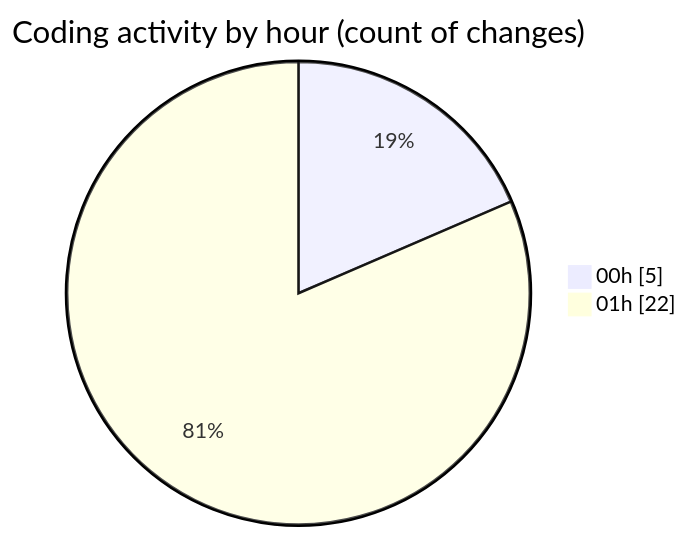
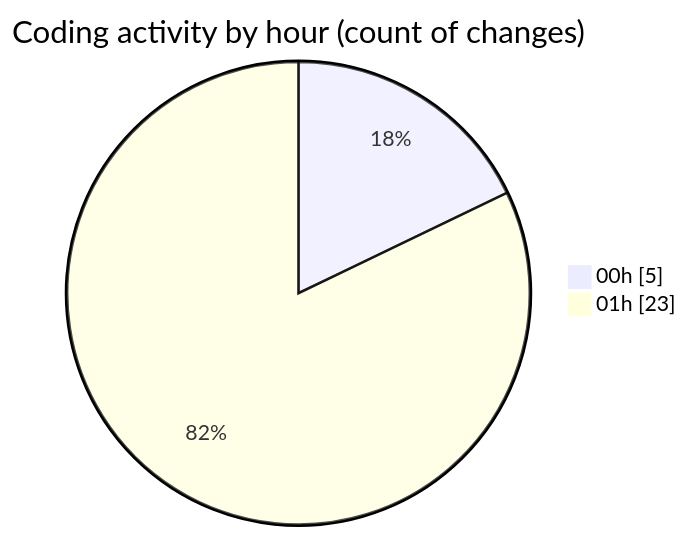
The second of 2 diagrams in 2025-03-30/echo/README.md (Netris89/code-tracking), drawn with Mermaid before and after one commit. The commit also changed other lines of this file and 1 other file, not shown here.

````diff
--- a/2025-03-30/echo/README.md
+++ b/2025-03-30/echo/README.md
@@ -30,6 +30,6 @@
 ```mermaid
 pie showData
 title Coding activity by hour (count of changes)
 "00h" : 5
-"01h" : 22
+"01h" : 23
 ```
````
